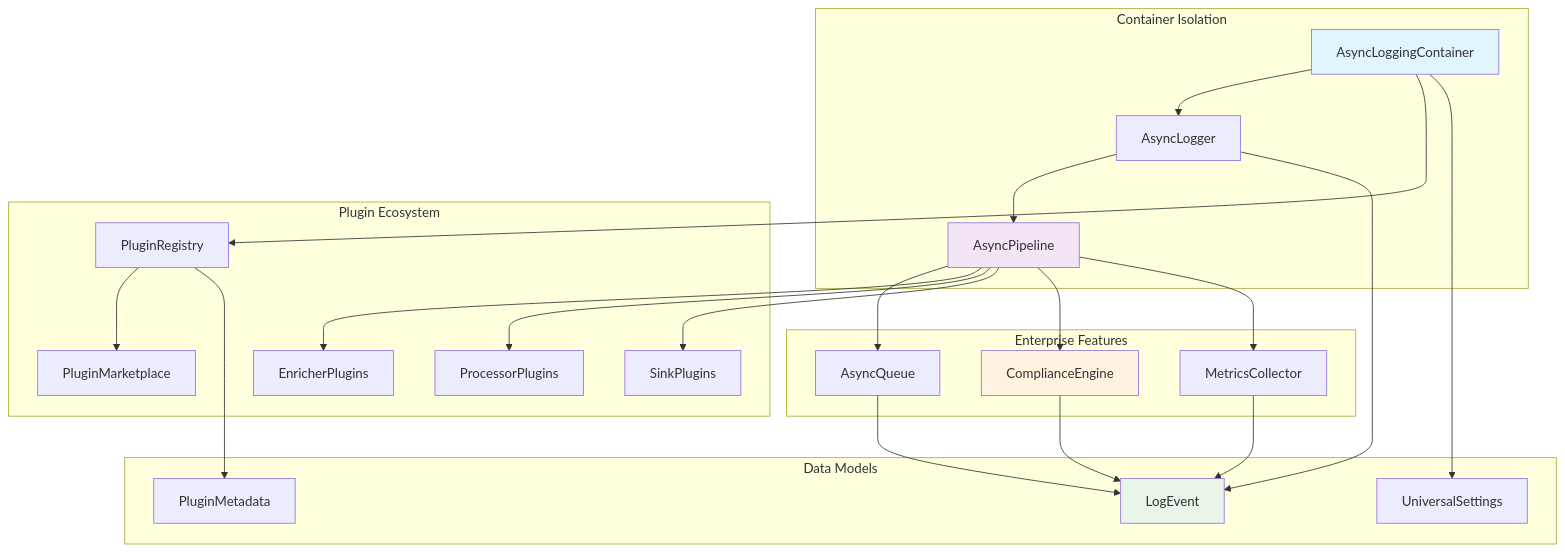
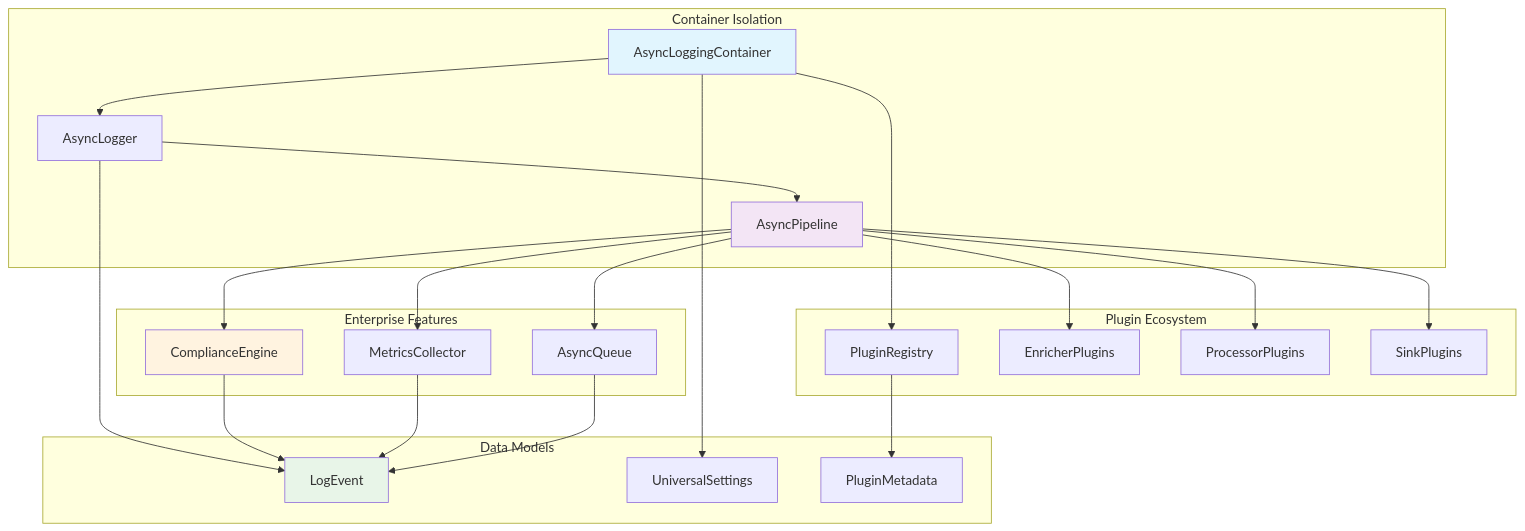
Before and after one commit to chris-haste/fapilog: the diagram in docs/architecture/components.md, drawn with Mermaid. The commit also changed other lines of this file and 24 other files, not shown here.

````diff
--- a/docs/architecture/components.md
+++ b/docs/architecture/components.md
@@ -135,54 +122,52 @@
 ```mermaid
 graph TB
     subgraph "Container Isolation"
         CONTAINER["AsyncLoggingContainer"]
         LOGGER["AsyncLogger"]
         PIPELINE["AsyncPipeline"]
     end
 
     subgraph "Plugin Ecosystem"
         REGISTRY["PluginRegistry"]
-        MARKETPLACE["PluginMarketplace"]
         ENRICHER["EnricherPlugins"]
         PROCESSOR["ProcessorPlugins"]
         SINK["SinkPlugins"]
     end
 
     subgraph "Enterprise Features"
         COMPLIANCE["ComplianceEngine"]
         METRICS["MetricsCollector"]
         QUEUE["AsyncQueue"]
     end
 
     subgraph "Data Models"
         EVENT["LogEvent"]
         SETTINGS["UniversalSettings"]
         METADATA["PluginMetadata"]
     end
 
     CONTAINER --> LOGGER
     CONTAINER --> REGISTRY
     LOGGER --> PIPELINE
     PIPELINE --> QUEUE
     PIPELINE --> ENRICHER
     PIPELINE --> PROCESSOR
     PIPELINE --> SINK
 
-    REGISTRY --> MARKETPLACE
     REGISTRY --> METADATA
 
     PIPELINE --> COMPLIANCE
     PIPELINE --> METRICS
 
     LOGGER --> EVENT
     CONTAINER --> SETTINGS
 
     COMPLIANCE --> EVENT
     METRICS --> EVENT
     QUEUE --> EVENT
 
     style CONTAINER fill:#e1f5fe
     style PIPELINE fill:#f3e5f5
     style COMPLIANCE fill:#fff3e0
     style EVENT fill:#e8f5e8
 ```
````
